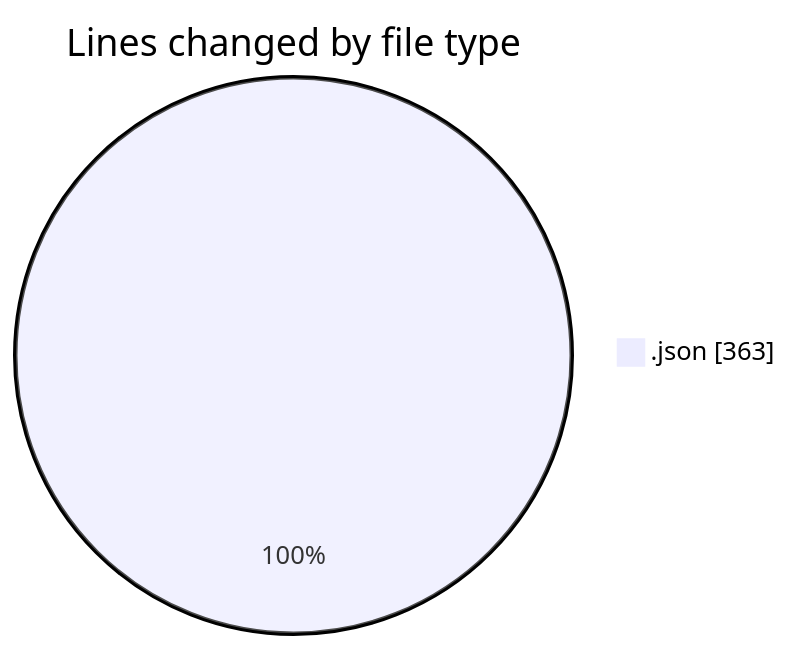
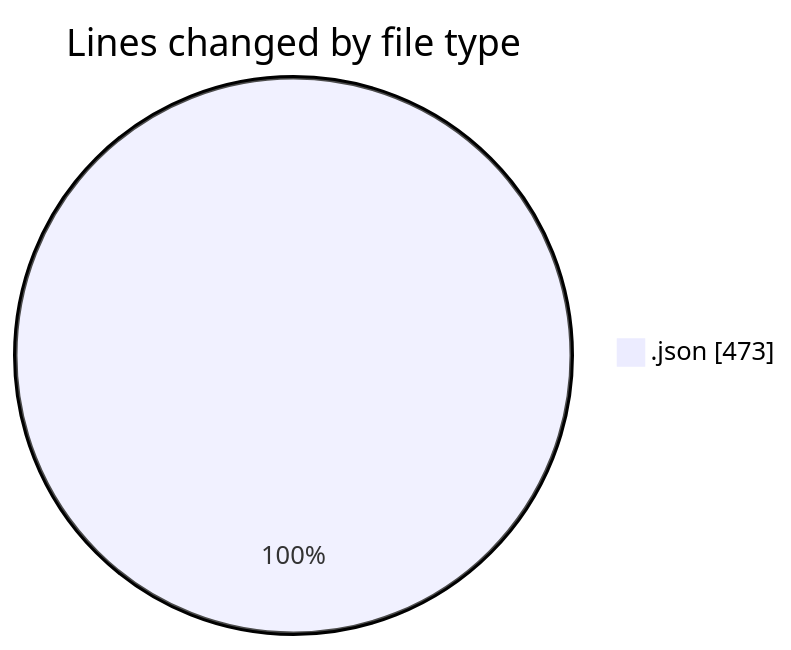
The first of 2 diagrams in 2026-09-05/mono-test/README.md (yexinjia/code-tracking), drawn with Mermaid before and after one commit. The commit also changed other lines of this file and 1 other file, not shown here.

````diff
--- a/2026-09-05/mono-test/README.md
+++ b/2026-09-05/mono-test/README.md
@@ -20,5 +20,5 @@
 ```mermaid
 pie showData
 title Lines changed by file type
-".json" : 363
+".json" : 473
 ```
````
